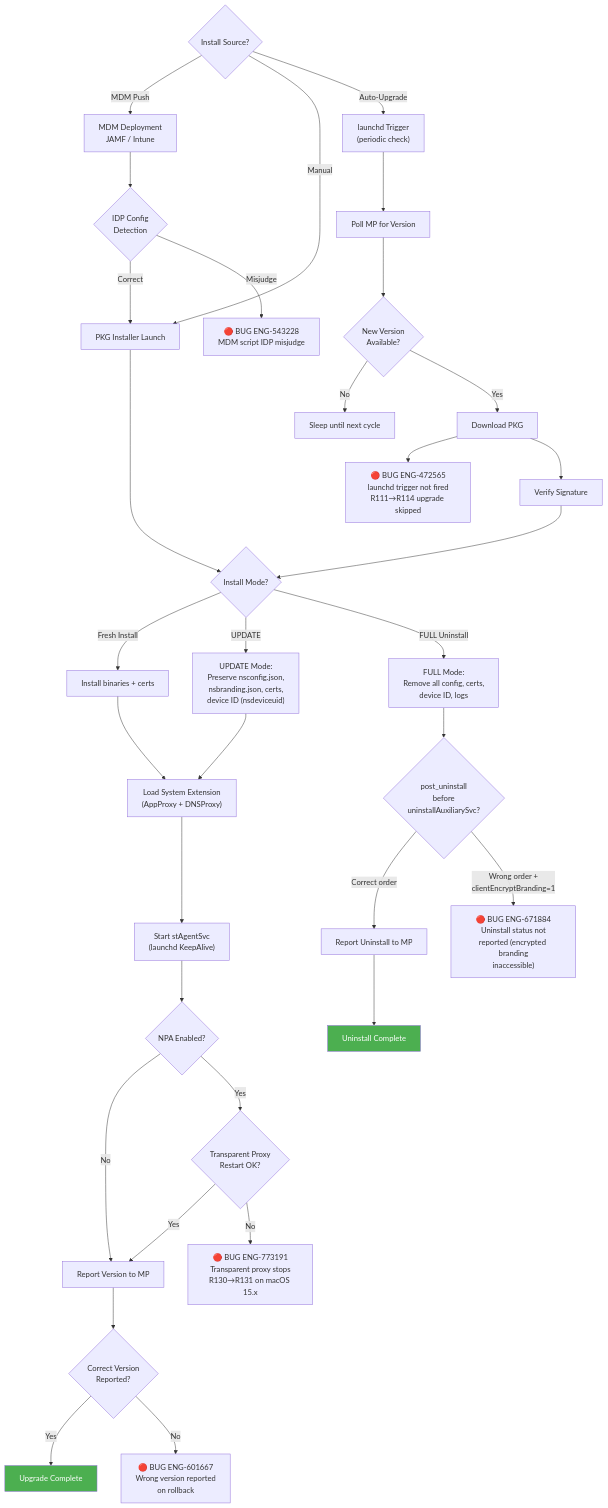
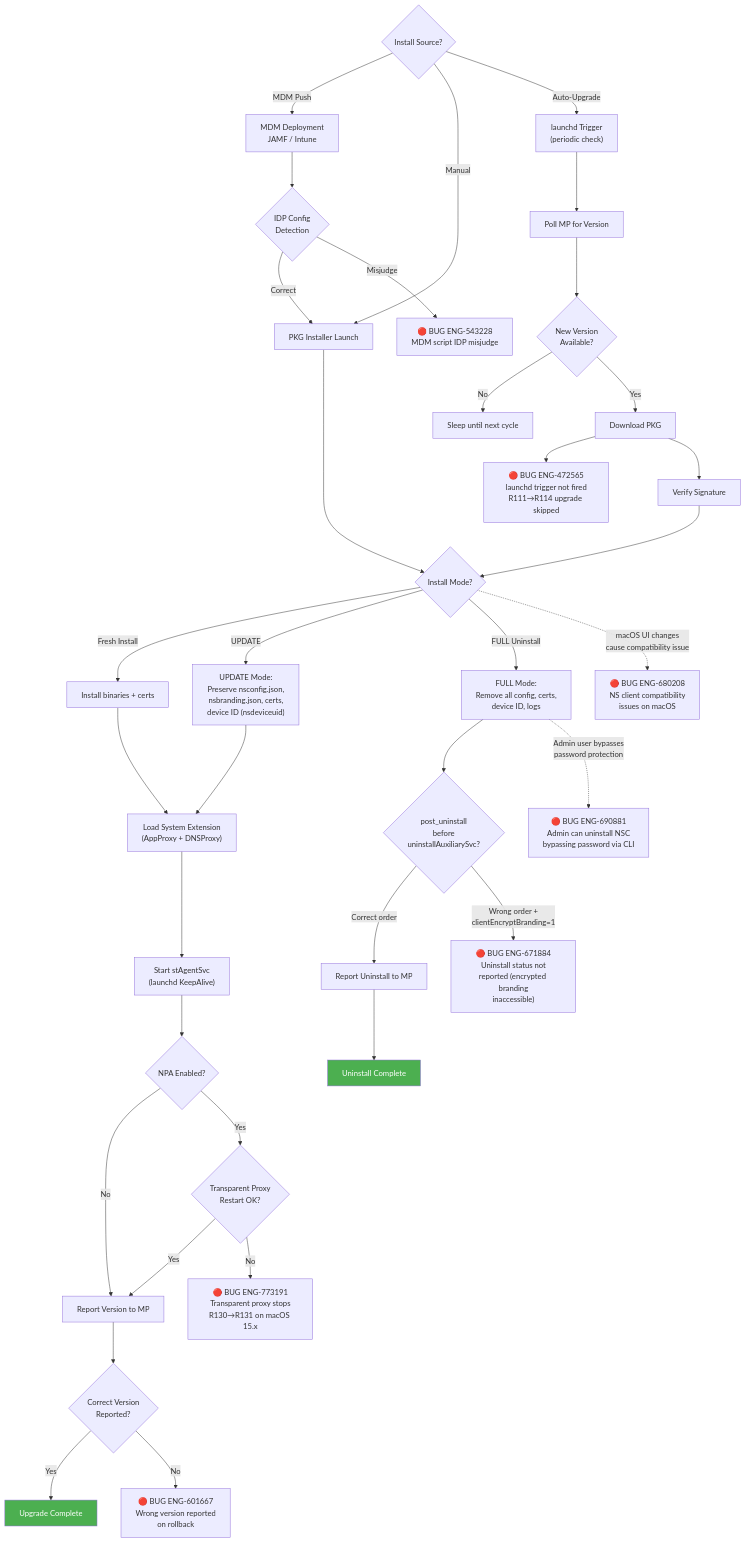
One commit to ns-klin/endpoint_system_test_plan changed the eighth of 15 diagrams in chapters/01_installation.md. Above: the diagram before and after it, drawn with Mermaid. The commit also changed other lines of this file and 26 other files, not shown here.

First line of the commit message:
Add 87 bugs from Excel enrichment and integrate into mermaid diagrams

````diff
--- a/chapters/01_installation.md
+++ b/chapters/01_installation.md
@@ -604,45 +612,48 @@
 ```mermaid
 flowchart TD
     START{Install Source?} -->|MDM Push| MDM[MDM Deployment<br/>JAMF / Intune]
     START -->|Manual| PKG[PKG Installer Launch]
     START -->|Auto-Upgrade| LAUNCHD["launchd Trigger<br/>(periodic check)"]
 
     MDM --> IDP_CHECK{IDP Config<br/>Detection}
     IDP_CHECK -->|Correct| PKG
     IDP_CHECK -->|Misjudge| BUG_MDM["🔴 BUG ENG-543228<br/>MDM script IDP misjudge"]
 
     LAUNCHD --> VERSION[Poll MP for Version]
     VERSION --> COMPARE{New Version<br/>Available?}
     COMPARE -->|No| SLEEP[Sleep until next cycle]
     COMPARE -->|Yes| DOWNLOAD[Download PKG]
     DOWNLOAD --> BUG_TRIGGER["🔴 BUG ENG-472565<br/>launchd trigger not fired<br/>R111→R114 upgrade skipped"]
     DOWNLOAD --> VERIFY[Verify Signature]
 
     PKG --> MODE{Install Mode?}
     MODE -->|Fresh Install| FRESH[Install binaries + certs]
     MODE -->|UPDATE| UPDATE["UPDATE Mode:<br/>Preserve nsconfig.json,<br/>nsbranding.json, certs,<br/>device ID (nsdeviceuid)"]
     MODE -->|FULL Uninstall| FULL["FULL Mode:<br/>Remove all config, certs,<br/>device ID, logs"]
 
     FULL --> REPORT_ORDER{"post_uninstall<br/>before<br/>uninstallAuxiliarySvc?"}
     REPORT_ORDER -->|Correct order| REPORT_UNINSTALL[Report Uninstall to MP]
     REPORT_ORDER -->|Wrong order +<br/>clientEncryptBranding=1| BUG_UNINSTALL["🔴 BUG ENG-671884<br/>Uninstall status not<br/>reported (encrypted branding<br/>inaccessible)"]
+    FULL -.->|Admin user bypasses<br/>password protection| BUG_ADMINUNINSTALL["🔴 BUG ENG-690881<br/>Admin can uninstall NSC<br/>bypassing password via CLI"]
     REPORT_UNINSTALL --> DONE_UNINSTALL[Uninstall Complete]
 
     FRESH --> SYSEXT["Load System Extension<br/>(AppProxy + DNSProxy)"]
     UPDATE --> SYSEXT
     VERIFY --> MODE
+
+    MODE -.->|macOS UI changes<br/>cause compatibility issue| BUG_COMPAT["🔴 BUG ENG-680208<br/>NS client compatibility<br/>issues on macOS"]
 
     SYSEXT --> SVC_START["Start stAgentSvc<br/>(launchd KeepAlive)"]
     SVC_START --> NPA_CHECK{NPA Enabled?}
     NPA_CHECK -->|No| REPORT[Report Version to MP]
     NPA_CHECK -->|Yes| PROXY_START{Transparent Proxy<br/>Restart OK?}
     PROXY_START -->|Yes| REPORT
     PROXY_START -->|No| BUG_NPA["🔴 BUG ENG-773191<br/>Transparent proxy stops<br/>R130→R131 on macOS 15.x"]
 
     REPORT --> REPORT_CHECK{Correct Version<br/>Reported?}
     REPORT_CHECK -->|Yes| DONE[Upgrade Complete]
     REPORT_CHECK -->|No| BUG_VERSION["🔴 BUG ENG-601667<br/>Wrong version reported<br/>on rollback"]
 
     style DONE fill:#4CAF50,color:#fff
     style DONE_UNINSTALL fill:#4CAF50,color:#fff
 ```
````
